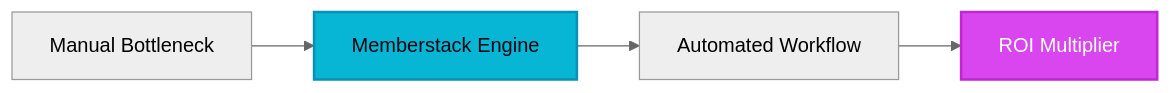
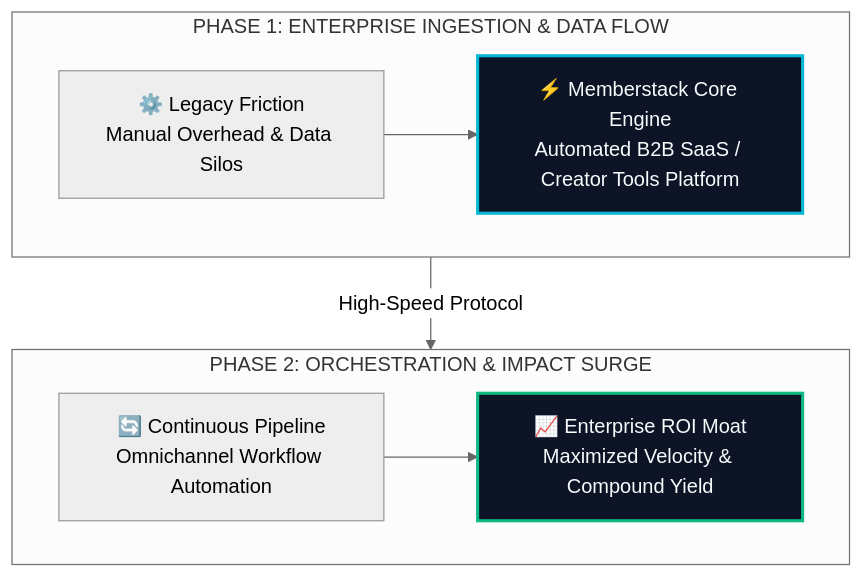
Before and after one commit to heliatech-media/saas-radar: the diagram in site/src/content/blog/memberstack-evolution-guide-2026.md, drawn with Mermaid (neutral theme). The commit also changed 97 other files, not shown here.

First line of the commit message:
feat(diagrams): upgrade all article architecture schemas to high-impact 2-tier responsive vector blueprints

````diff
--- a/site/src/content/blog/memberstack-evolution-guide-2026.md
+++ b/site/src/content/blog/memberstack-evolution-guide-2026.md
@@ -56,8 +56,14 @@
 ```mermaid
-flowchart LR
-    A[Manual Bottleneck] --> B[Memberstack Engine]
-    B --> C[Automated Workflow]
-    C --> D[ROI Multiplier]
-    style B fill:#06b6d4,stroke:#0891b2,stroke-width:2px,color:#030712
-    style D fill:#d946ef,stroke:#c026d3,stroke-width:2px,color:#ffffff
+flowchart TD
+    subgraph S1["PHASE 1: ENTERPRISE INGESTION & DATA FLOW"]
+        direction LR
+        A["⚙️ Legacy Friction<br/>Manual Overhead & Data Silos"] --> B["⚡ Memberstack Core Engine<br/>Automated B2B SaaS / Creator Tools Platform"]
+    end
+    subgraph S2["PHASE 2: ORCHESTRATION & IMPACT SURGE"]
+        direction LR
+        C["🔄 Continuous Pipeline<br/>Omnichannel Workflow Automation"] --> D["📈 Enterprise ROI Moat<br/>Maximized Velocity & Compound Yield"]
+    end
+    S1 -->|High-Speed Protocol| S2
+    style B fill:#0c1425,stroke:#06b6d4,stroke-width:2.5px,color:#f8fafc
+    style D fill:#0c1425,stroke:#10b981,stroke-width:2.5px,color:#f8fafc
 ```
````
